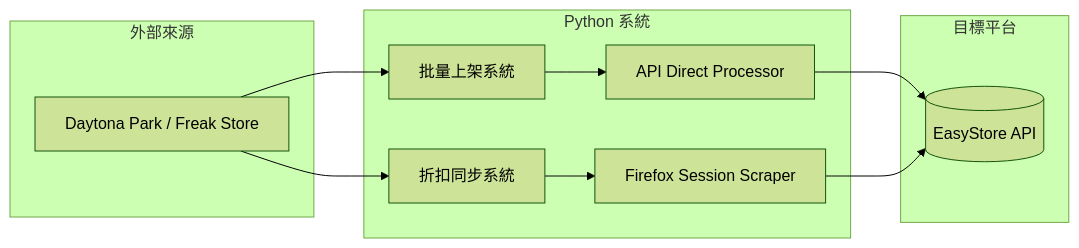
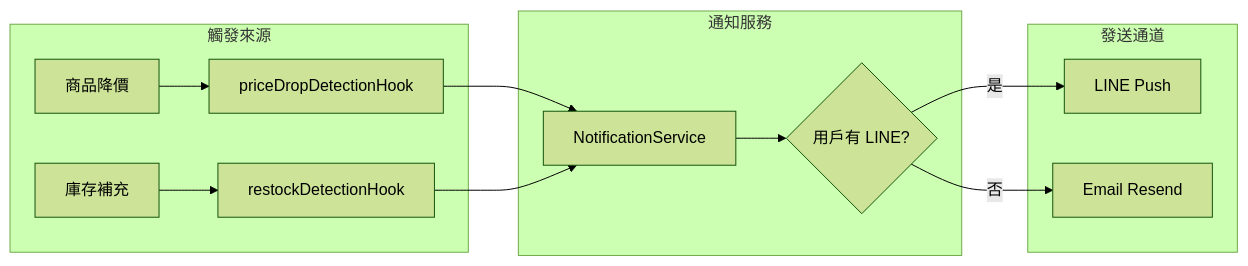
One commit to ms0506029/takeme changed the first of 2 diagrams in memory-bank/activeContext.md. Above: the diagram before and after it, drawn with Mermaid (forest theme). The commit also changed other lines of this file, not shown here.

Commit message:
docs: 更新 activeContext.md - 記錄 LINE Bot 整合進度

````diff
--- a/memory-bank/activeContext.md
+++ b/memory-bank/activeContext.md
@@ -73,20 +93,18 @@
 ```mermaid
 graph LR
-    subgraph "外部來源"
-        A[Daytona Park / Freak Store]
+    subgraph "觸發來源"
+        A[商品降價] --> B[priceDropDetectionHook]
+        C[庫存補充] --> D[restockDetectionHook]
     end
     
-    subgraph "Python 系統"
-        B[批量上架系統] --> C[API Direct Processor]
-        D[折扣同步系統] --> E[Firefox Session Scraper]
+    subgraph "通知服務"
+        B --> E[NotificationService]
+        D --> E
+        E --> F{用戶有 LINE?}
     end
     
-    subgraph "目標平台"
-        F[(EasyStore API)]
+    subgraph "發送通道"
+        F -->|是| G[LINE Push]
+        F -->|否| H[Email Resend]
     end
-    
-    A --> B
-    A --> D
-    C --> F
-    E --> F
 ```
````
